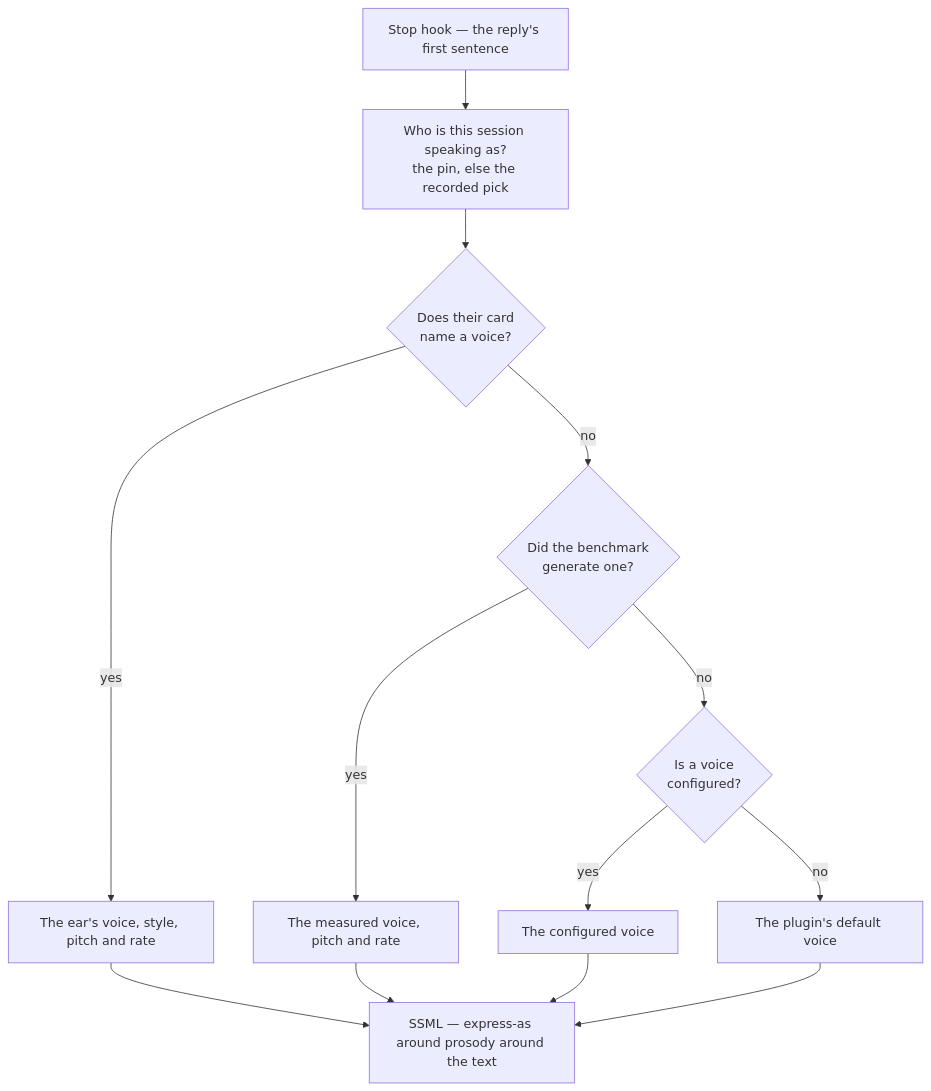
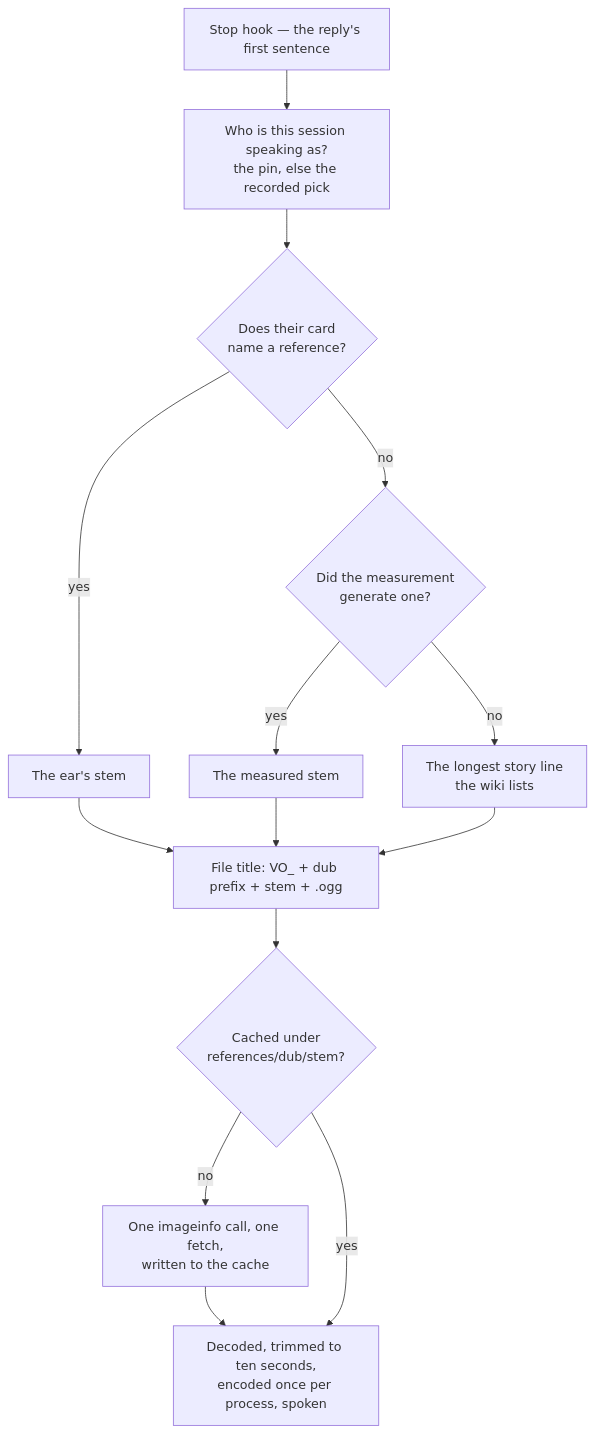
Before and after one commit to Esposter/Esposter: the diagram in apps/web/content/docs/infra/claude-interface/per-character-voices.md, drawn with Mermaid. The commit also changed other lines of this file and 17 other files, not shown here.

````diff
--- a/apps/web/content/docs/infra/claude-interface/per-character-voices.md
+++ b/apps/web/content/docs/infra/claude-interface/per-character-voices.md
@@ -29,26 +25,23 @@
 ```mermaid
 flowchart TD
-    Reply[Stop hook — the reply's first sentence]
-    Who[Who is this session speaking as?<br/>the pin, else the recorded pick]
-    Card{Does their card<br/>name a voice?}
-    Generated{Did the benchmark<br/>generate one?}
-    Option{Is a voice<br/>configured?}
-    CardVoice[The ear's voice, style, pitch and rate]
-    GeneratedVoice[The measured voice, pitch and rate]
-    OptionVoice[The configured voice]
-    Default[The plugin's default voice]
-    Ssml[SSML — express-as around prosody around the text]
+    Reply["Stop hook — the reply's first sentence"]
+    Who["Who is this session speaking as?<br/>the pin, else the recorded pick"]
+    Card{"Does their card<br/>name a reference?"}
+    Map{"Did the measurement<br/>generate one?"}
+    CardStem["The ear's stem"]
+    MapStem["The measured stem"]
+    Longest["The longest story line<br/>the wiki lists"]
+    Title["File title: VO_ + dub prefix + stem + .ogg"]
+    Cache{"Cached under<br/>references/dub/stem?"}
+    Fetch["One imageinfo call, one fetch,<br/>written to the cache"]
+    Clone["Decoded, trimmed to ten seconds,<br/>encoded once per process, spoken"]
 
-    Reply --> Who
-    Who --> Card
-    Card -- yes --> CardVoice
-    Card -- no --> Generated
-    Generated -- yes --> GeneratedVoice
-    Generated -- no --> Option
-    Option -- yes --> OptionVoice
-    Option -- no --> Default
-    CardVoice --> Ssml
-    GeneratedVoice --> Ssml
-    OptionVoice --> Ssml
-    Default --> Ssml
+    Reply --> Who --> Card
+    Card -- yes --> CardStem --> Title
+    Card -- no --> Map
+    Map -- yes --> MapStem --> Title
+    Map -- no --> Longest --> Title
+    Title --> Cache
+    Cache -- no --> Fetch --> Clone
+    Cache -- yes --> Clone
 ```
````
